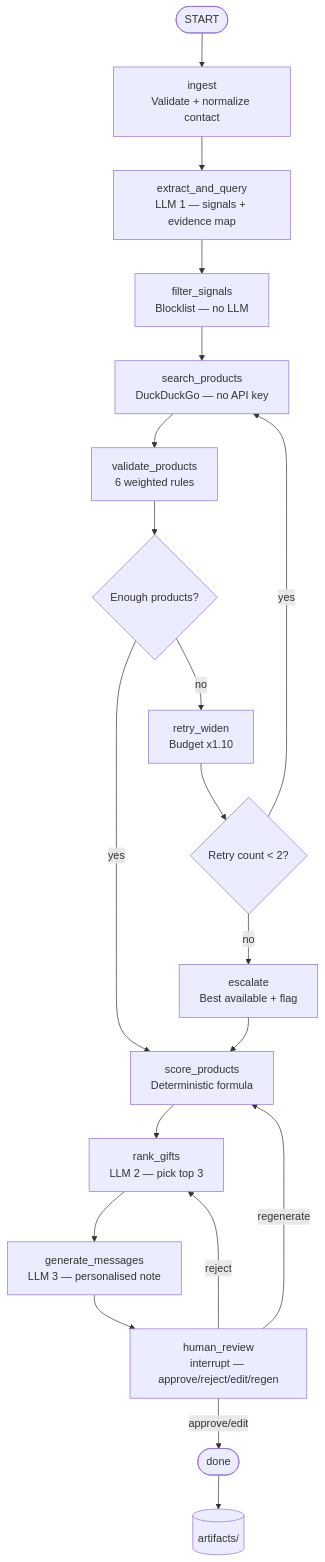
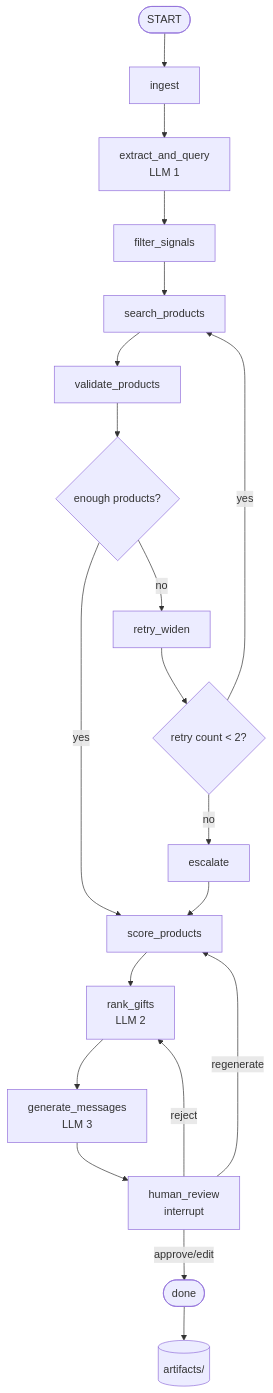
Before and after one commit to TejasCThakare/gift-agent: the diagram in README.md, drawn with Mermaid. The commit also changed other lines of this file, not shown here.

````diff
--- a/README.md
+++ b/README.md
@@ -29,22 +91,22 @@
 ```mermaid
 flowchart TD
-    A([START]) --> B[ingest\nValidate + normalize contact]
-    B --> C[extract_and_query\nLLM 1 — signals + evidence map]
-    C --> D[filter_signals\nBlocklist — no LLM]
-    D --> E[search_products\nDuckDuckGo — no API key]
-    E --> F[validate_products\n6 weighted rules]
-    F --> G{Enough products?}
-    G -- yes --> I[score_products\nDeterministic formula]
-    G -- no --> H[retry_widen\nBudget x1.10]
-    H --> H2{Retry count < 2?}
+    A([START]) --> B[ingest]
+    B --> C[extract_and_query\nLLM 1]
+    C --> D[filter_signals]
+    D --> E[search_products]
+    E --> F[validate_products]
+    F --> G{enough products?}
+    G -- yes --> I[score_products]
+    G -- no --> H[retry_widen]
+    H --> H2{retry count < 2?}
     H2 -- yes --> E
-    H2 -- no --> H3[escalate\nBest available + flag]
+    H2 -- no --> H3[escalate]
     H3 --> I
-    I --> J[rank_gifts\nLLM 2 — pick top 3]
-    J --> K[generate_messages\nLLM 3 — personalised note]
-    K --> L[human_review\ninterrupt — approve/reject/edit/regen]
+    I --> J[rank_gifts\nLLM 2]
+    J --> K[generate_messages\nLLM 3]
+    K --> L[human_review\ninterrupt]
     L -- approve/edit --> M([done])
     L -- reject --> J
     L -- regenerate --> I
     M --> N[(artifacts/)]
 ```
````
